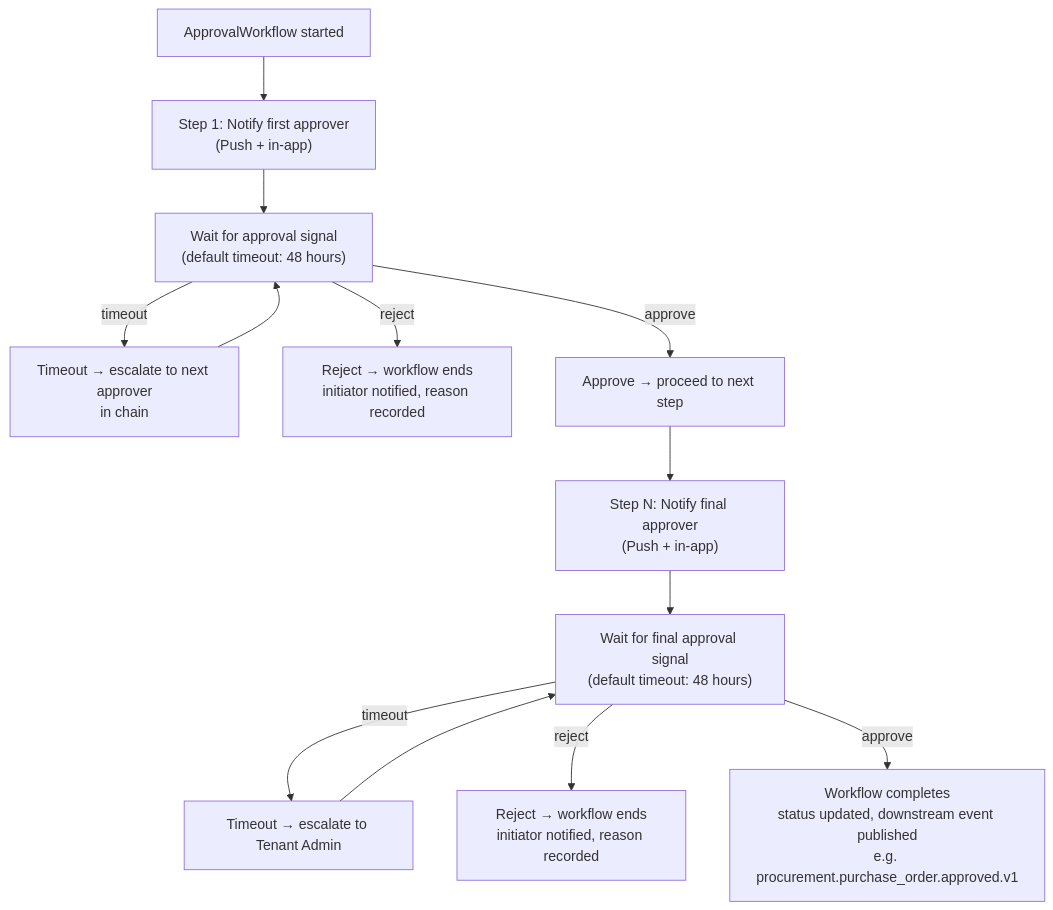
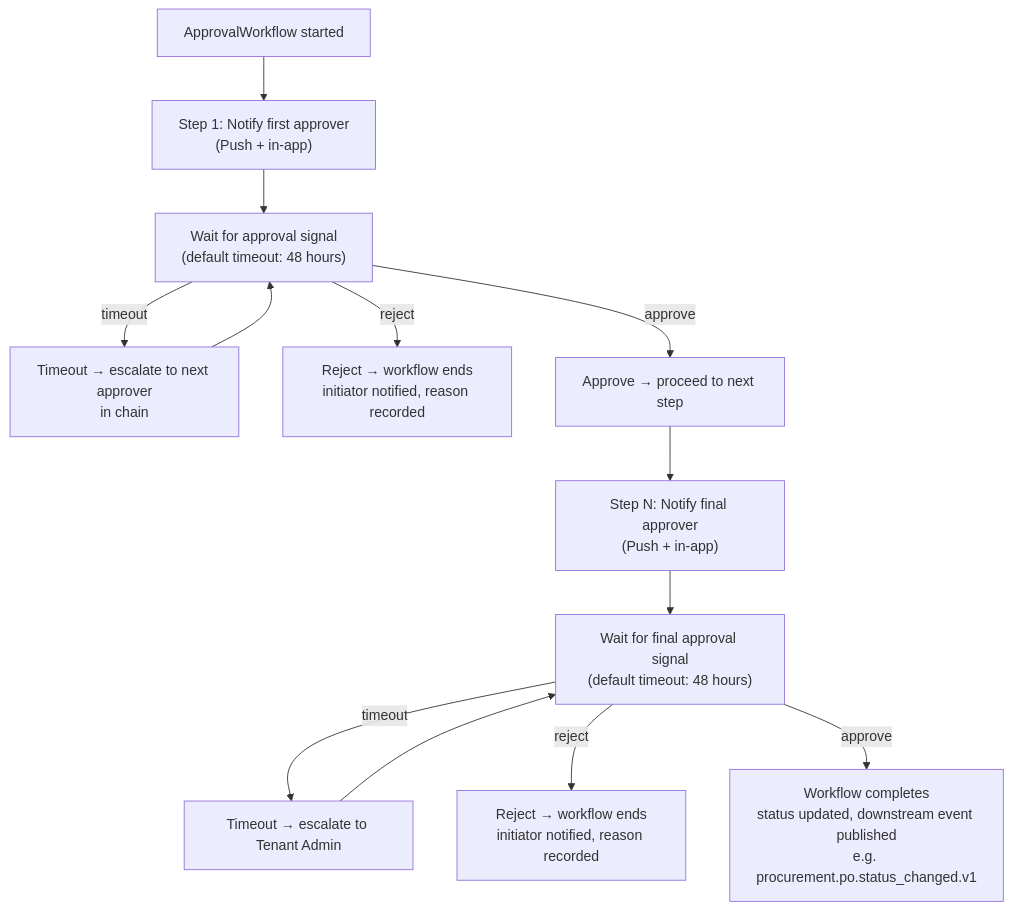
One commit to thitipongroo/cos changed the diagram in docs/specifications/15-event-driven-workflow.md. Above: the diagram before and after it, drawn with Mermaid. The commit also changed other lines of this file and 2 other files, not shown here.

````diff
--- a/docs/specifications/15-event-driven-workflow.md
+++ b/docs/specifications/15-event-driven-workflow.md
@@ -124,22 +124,22 @@
 ```mermaid
 flowchart TD
     S["ApprovalWorkflow started"]
     N1["Step 1: Notify first approver\n(Push + in-app)"]
     W["Wait for approval signal\n(default timeout: 48 hours)"]
     T["Timeout → escalate to next approver\nin chain"]
     R["Reject → workflow ends\ninitiator notified, reason recorded"]
     A["Approve → proceed to next step"]
     SN["Step N: Notify final approver\n(Push + in-app)"]
     WN["Wait for final approval signal\n(default timeout: 48 hours)"]
     TN["Timeout → escalate to Tenant Admin"]
     RN["Reject → workflow ends\ninitiator notified, reason recorded"]
-    C["Workflow completes\nstatus updated, downstream event published\ne.g. procurement.purchase_order.approved.v1"]
+    C["Workflow completes\nstatus updated, downstream event published\ne.g. procurement.po.status_changed.v1"]
 
     S --> N1 --> W
     W -->|timeout| T --> W
     W -->|reject| R
     W -->|approve| A --> SN --> WN
     WN -->|timeout| TN --> WN
     WN -->|reject| RN
     WN -->|approve| C
 ```
````
